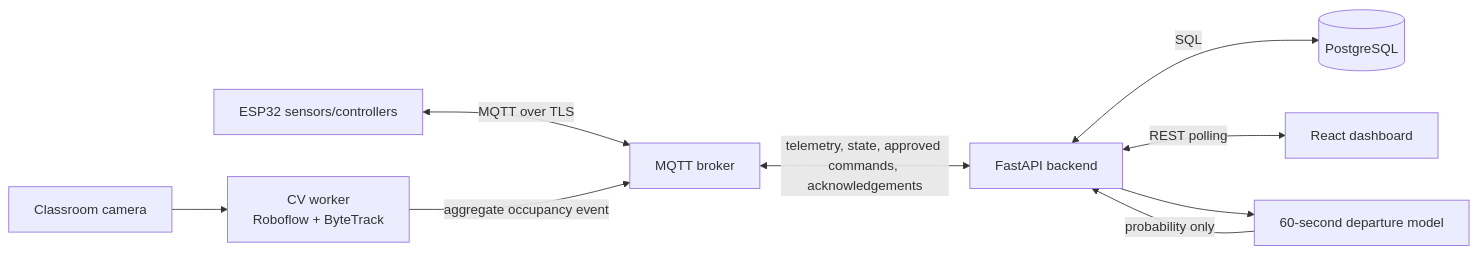
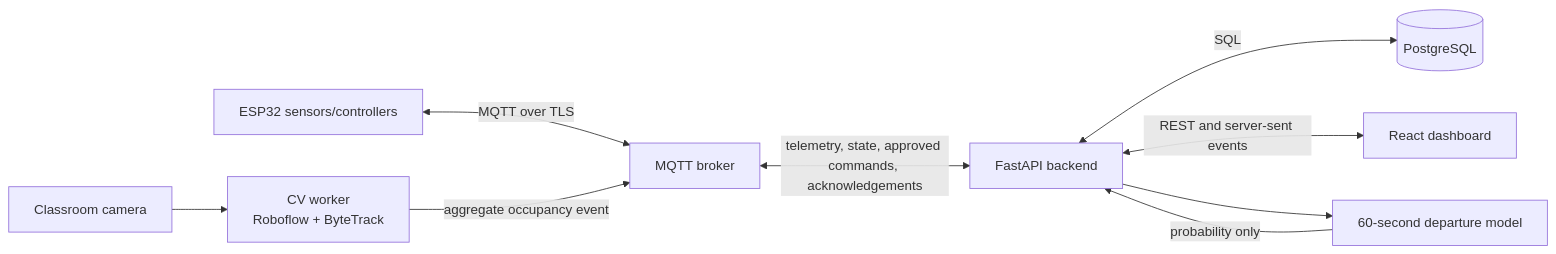
The first of 2 diagrams in docs/architecture.md (JustinKoo-ui/ai-classroom-energy-optimizer), drawn with Mermaid before and after one commit. The commit also changed other lines of this file and 66 other files, not shown here.

````diff
--- a/docs/architecture.md
+++ b/docs/architecture.md
@@ -28,11 +28,11 @@
 ```mermaid
 flowchart LR
     Camera["Classroom camera"] --> CV["CV worker<br/>Roboflow + ByteTrack"]
     Sensors["ESP32 sensors/controllers"] <-->|"MQTT over TLS"| Broker["MQTT broker"]
     CV -->|"aggregate occupancy event"| Broker
     Broker <-->|"telemetry, state, approved commands, acknowledgements"| API["FastAPI backend"]
     API <-->|"SQL"| DB[("PostgreSQL")]
-    API <-->|"REST polling"| UI["React dashboard"]
+    API <-->|"REST and server-sent events"| UI["React dashboard"]
     API --> Predict["60-second departure model"]
     Predict -->|"probability only"| API
 ```
````
